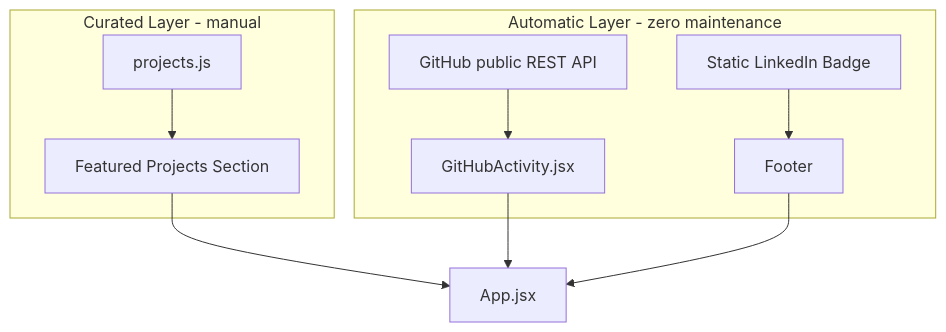
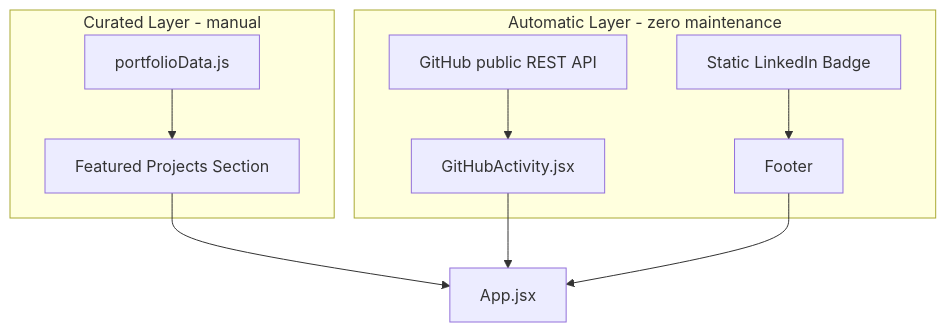
The diagram in CURSOR.md/roadmap.md (RithvikPanchumarthi/data-portfolio), drawn with Mermaid before and after one commit. The commit also changed other lines of this file and 31 other files, not shown here.

First line of the commit message:
Consolidate portfolio content into one data module.

````diff
--- a/CURSOR.md/roadmap.md
+++ b/CURSOR.md/roadmap.md
@@ -56,13 +56,13 @@
 ```mermaid
 flowchart TD
     subgraph curated [Curated Layer - manual]
-        ProjectsData[projects.js] --> FeaturedSection[Featured Projects Section]
+        ProjectsData[portfolioData.js] --> FeaturedSection[Featured Projects Section]
     end
     subgraph automatic [Automatic Layer - zero maintenance]
         GitHubAPI["GitHub public REST API"] --> ActivityComponent[GitHubActivity.jsx]
         LinkedInBadge[Static LinkedIn Badge] --> Footer
     end
     FeaturedSection --> AppJSX[App.jsx]
     ActivityComponent --> AppJSX
     Footer --> AppJSX
 ```
````
